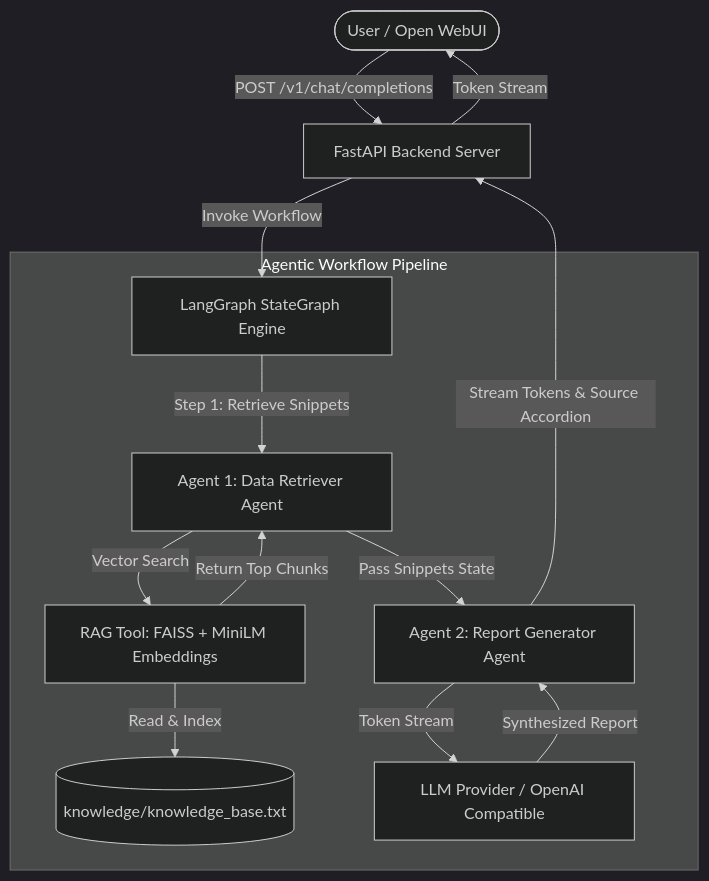
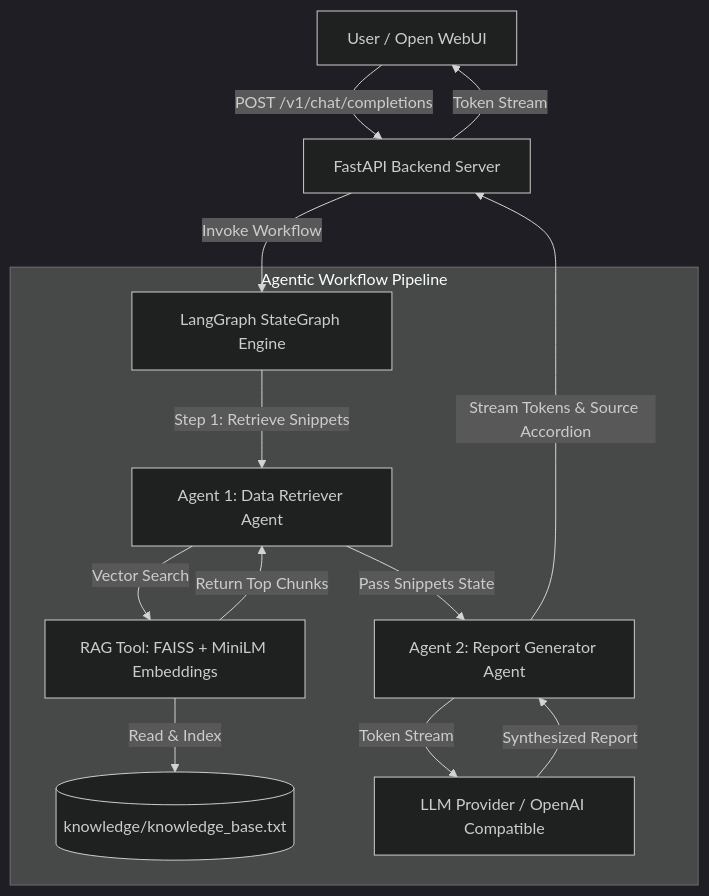
Before and after one commit to ThittipatBeam/AI_Report_Generator: the diagram in README.md, drawn with Mermaid (dark theme).

Commit message:
docs: fix GitHub Mermaid system architecture diagram rendering

````diff
--- a/README.md
+++ b/README.md
@@ -11,19 +11,19 @@
 ```mermaid
-graph TD
-    User([User / Open WebUI]) -->|POST /v1/chat/completions| FastAPI[FastAPI Backend Server]
-    FastAPI -->|Invoke Workflow| LangGraph[LangGraph StateGraph Engine]
+flowchart TD
+    User["User / Open WebUI"] -->|POST /v1/chat/completions| FastAPI["FastAPI Backend Server"]
+    FastAPI -->|Invoke Workflow| LangGraph["LangGraph StateGraph Engine"]
     
-    subgraph Agentic Workflow Pipeline
-        LangGraph -->|Step 1: Retrieve Snippets| Agent1[Agent 1: Data Retriever Agent]
-        Agent1 -->|Vector Search| RAGTool[RAG Tool: FAISS + MiniLM Embeddings]
-        RAGTool -->|Read & Index| KB[(knowledge/knowledge_base.txt)]
+    subgraph Pipeline ["Agentic Workflow Pipeline"]
+        LangGraph -->|Step 1: Retrieve Snippets| Agent1["Agent 1: Data Retriever Agent"]
+        Agent1 -->|Vector Search| RAGTool["RAG Tool: FAISS + MiniLM Embeddings"]
+        RAGTool -->|Read & Index| KB[("knowledge/knowledge_base.txt")]
         RAGTool -->|Return Top Chunks| Agent1
         
-        Agent1 -->|Pass Snippets State| Agent2[Agent 2: Report Generator Agent]
-        Agent2 -->|Token Stream| LLM[LLM Provider / OpenAI Compatible]
+        Agent1 -->|Pass Snippets State| Agent2["Agent 2: Report Generator Agent"]
+        Agent2 -->|Token Stream| LLM["LLM Provider / OpenAI Compatible"]
         LLM -->|Synthesized Report| Agent2
     end
     
     Agent2 -->|Stream Tokens & Source Accordion| FastAPI
     FastAPI -->|Token Stream| User
 ```
````
